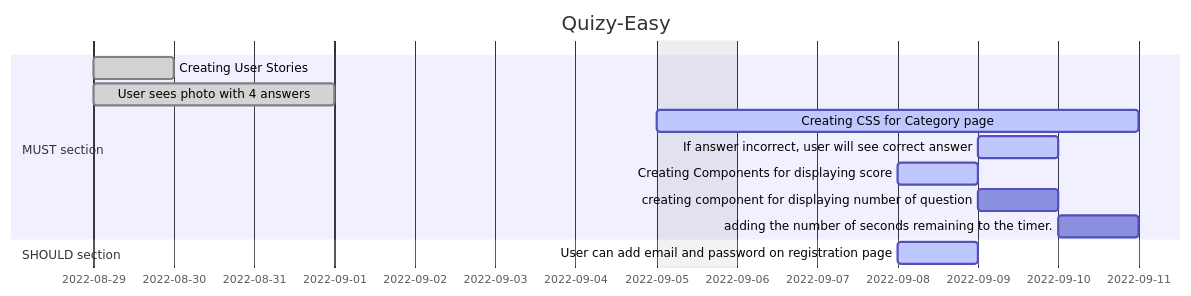
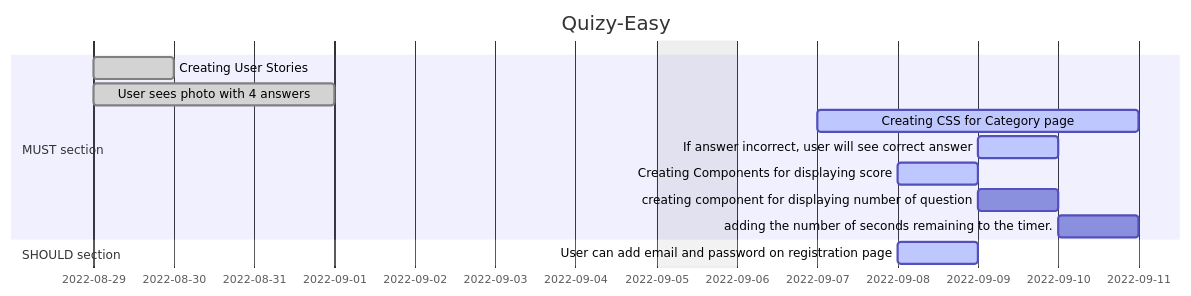
Before and after one commit to arkadiyshin/quizy-easy: the diagram in README.md, drawn with Mermaid.

````diff
--- a/README.md
+++ b/README.md
@@ -1,21 +1,21 @@
 ```mermaid
 
 gantt
 dateFormat  YYYY-MM-DD
 title Quizy-Easy
 excludes weekdays 2022-09-05
 
 section MUST section
 Creating User Stories                                 :done,    des1, 2022-08-29, 1d
 User sees photo with 4 answers                        :done,    des2, 2022-08-29, 3d
-Creating CSS for Category page                        :active,  des3, 2022-09-05, 2022-09-11
+Creating CSS for Category page                        :active,  des3, 2022-09-07, 2022-09-11
 
 If answer incorrect, user will see correct answer     :active,  des5, 2022-09-09, 1d
 Creating Components for displaying score              :active,  des6, 2022-09-08, 1d
 creating component for displaying number of question  :         des7, after des6, 1d
 adding the number of seconds remaining to the timer.  :         des8, after des7, 1d
 
 
 section SHOULD section
 User can add email and password on registration page  :active,  des4, 2022-09-08, 1d
 ```
````
